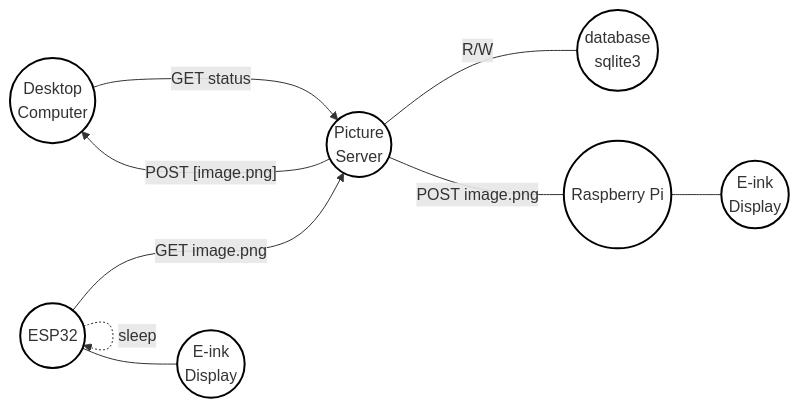
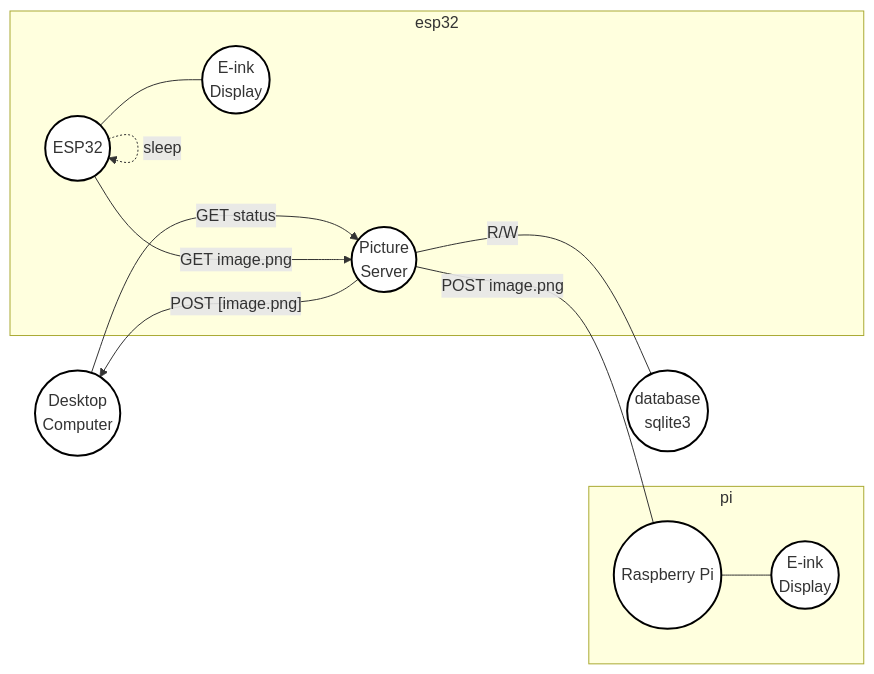
One commit to charnley/blog changed the diagram in _drafts/2025-03-02-building-your-own-ai-and-e-ink-powered-art-gallery-local.md. Above: the diagram before and after it, drawn with Mermaid.

````diff
--- a/_drafts/2025-03-02-building-your-own-ai-and-e-ink-powered-art-gallery-local.md
+++ b/_drafts/2025-03-02-building-your-own-ai-and-e-ink-powered-art-gallery-local.md
@@ -20,15 +20,19 @@
 ```mermaid
 flowchart LR
     A(("Desktop<br>Computer")) --->|"GET status"| B(("Picture<br>Server"))
     B -->|"POST [image.png]"| A
     B ---|"R/W"| C(("database<br>sqlite3"))
-    
+
+    subgraph esp32
     D(("ESP32")) ---> |"GET image.png"| B
     D -..->|sleep| D
     D --- E(("E-ink<br>Display"))
-    
+    end
+
+    subgraph pi
     B ---|"POST image.png"| F(("Raspberry Pi"))
     F --- G(("E-ink<br>Display"))
+    end
     
     classDef default fill:white,stroke:black,stroke-width:2px;
 ```
````
